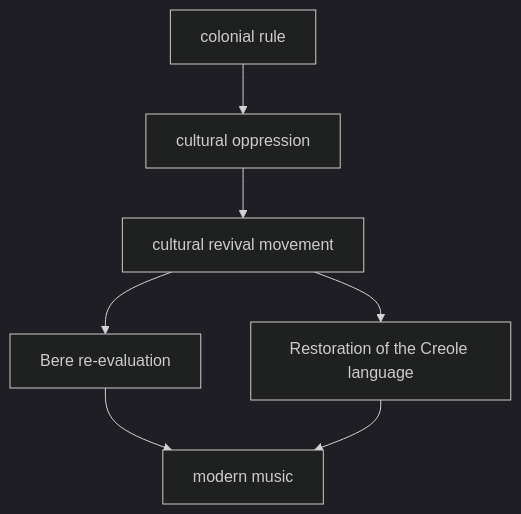
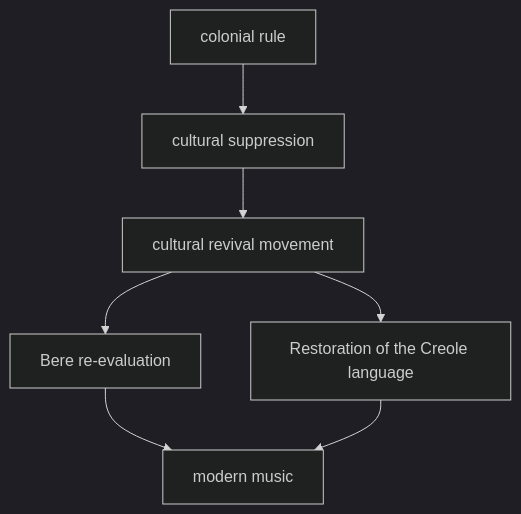
Before and after one commit to monumental-movement/monumental-movement.github.io: the seventh of 11 diagrams in en/_posts/2026-05-16-column-martinique.md, drawn with Mermaid (dark theme). The commit also changed other lines of this file and 497 other files, not shown here.

```diff
--- a/en/_posts/2026-05-16-column-martinique.md
+++ b/en/_posts/2026-05-16-column-martinique.md
@@ -296,9 +296,9 @@
 <div class="mermaid">
 flowchart TD
-A[colonial rule] --> B[cultural oppression]
+A[colonial rule] --> B[cultural suppression]
 B --> C[cultural revival movement]
 C --> D[Bere re-evaluation]
 C --> E[Restoration of the Creole language]
 D --> F[modern music]
 E --> F
 </div>
```
